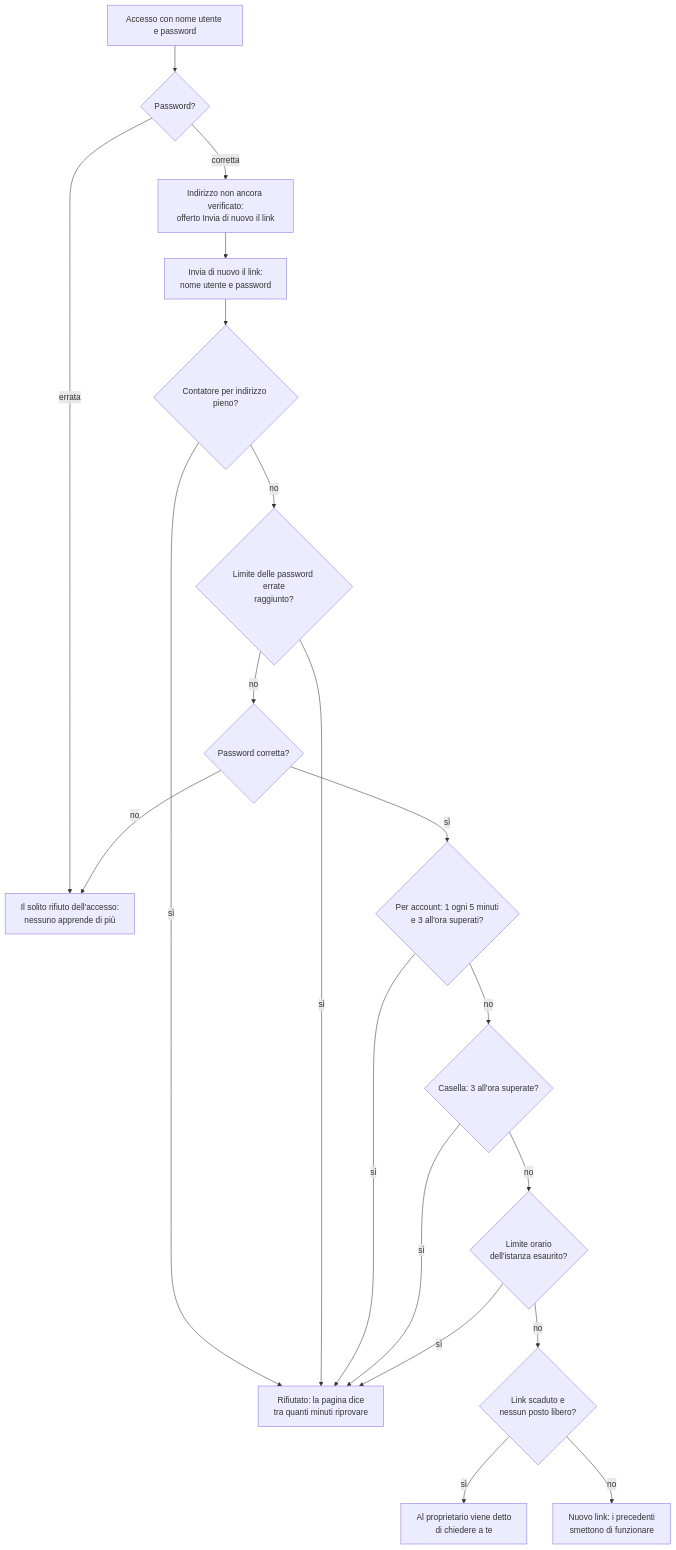
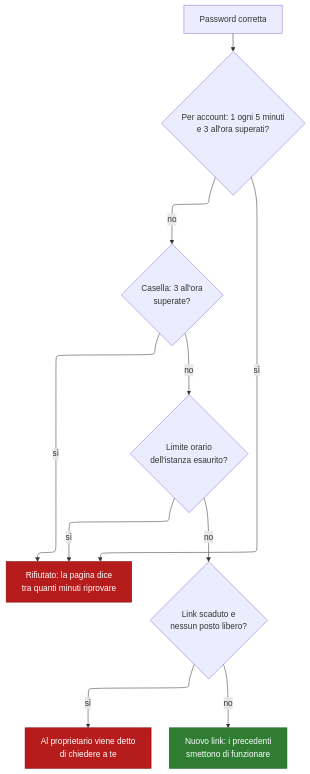
One commit to Librefolio/LibreFolio changed diagram 14 of 18 in mkdocs_src/docs/admin/email_flows.it.md. Above: the diagram before and after it, drawn with Mermaid. The commit also changed other lines of this file, not shown here.

Commit message:
docs(admin): email flows diagrams small and separate, ELK where it reads better (it)

````diff
--- a/mkdocs_src/docs/admin/email_flows.it.md
+++ b/mkdocs_src/docs/admin/email_flows.it.md
@@ -364,22 +470,20 @@
 ```mermaid
+---
+config:
+  layout: elk
+---
 flowchart TD
-    LOGIN["Accesso con nome utente e password"] --> PW{"Password?"}
-    PW -->|"errata"| REF["Il solito rifiuto dell'accesso:<br>nessuno apprende di più"]
-    PW -->|"corretta"| MSG["Indirizzo non ancora verificato:<br>offerto Invia di nuovo il link"]
-    MSG --> RS["Invia di nuovo il link:<br>nome utente e password"]
-    RS --> L1{"Contatore per indirizzo pieno?"}
-    L1 -->|"sì"| W["Rifiutato: la pagina dice<br>tra quanti minuti riprovare"]
-    L1 -->|"no"| L2{"Limite delle password errate<br>raggiunto?"}
-    L2 -->|"sì"| W
-    L2 -->|"no"| PW2{"Password corretta?"}
-    PW2 -->|"no"| REF
-    PW2 -->|"sì"| L3{"Per account: 1 ogni 5 minuti<br>e 3 all'ora superati?"}
-    L3 -->|"sì"| W
-    L3 -->|"no"| L4{"Casella: 3 all'ora superate?"}
+    GO["Password corretta"] --> L3{"Per account: 1 ogni 5 minuti<br>e 3 all'ora superati?"}
+    L3 -->|"no"| L4{"Casella: 3 all'ora<br>superate?"}
+    L4 -->|"no"| L5{"Limite orario<br>dell'istanza esaurito?"}
+    L3 -->|"sì"| W["Rifiutato: la pagina dice<br>tra quanti minuti riprovare"]
     L4 -->|"sì"| W
-    L4 -->|"no"| L5{"Limite orario<br>dell'istanza esaurito?"}
     L5 -->|"sì"| W
     L5 -->|"no"| L6{"Link scaduto e<br>nessun posto libero?"}
     L6 -->|"sì"| ASK["Al proprietario viene detto<br>di chiedere a te"]
     L6 -->|"no"| NEW["Nuovo link: i precedenti<br>smettono di funzionare"]
+    classDef no fill:#b71c1c,stroke:#7f0000,color:#ffffff
+    classDef ok fill:#2e7d32,stroke:#1b5e20,color:#ffffff
+    class W,ASK no
+    class NEW ok
 ```
````
